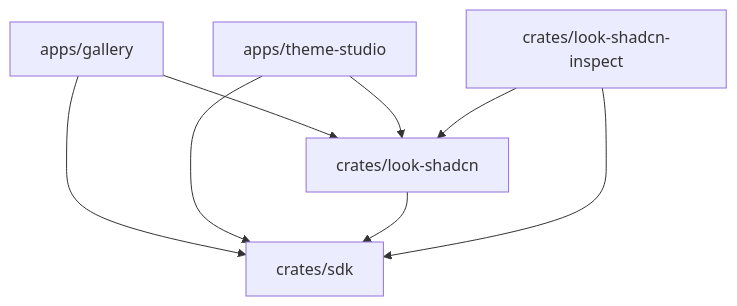
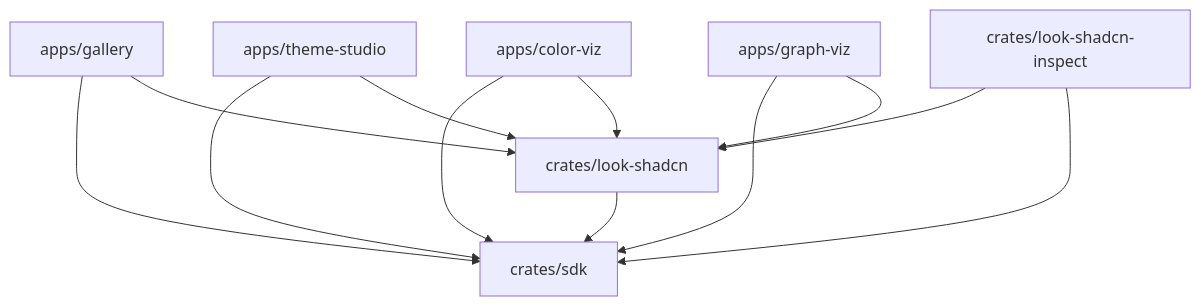
One commit to gpui-luma-dev/gpui-luma changed the diagram in docs/architecture.md. Above: the diagram before and after it, drawn with Mermaid. The commit also changed other lines of this file and 45 other files, not shown here.

````diff
--- a/docs/architecture.md
+++ b/docs/architecture.md
@@ -21,10 +23,14 @@
 ```mermaid
 graph TD
     Gallery[apps/gallery] --> SDK[crates/sdk]
     Gallery --> Look[crates/look-shadcn]
     Studio[apps/theme-studio] --> SDK
     Studio --> Look
+    ColorViz[apps/color-viz] --> SDK
+    ColorViz --> Look
+    GraphViz[apps/graph-viz] --> SDK
+    GraphViz --> Look
     Look --> SDK
     LookInspect[crates/look-shadcn-inspect] --> Look
     LookInspect --> SDK
 ```
````
